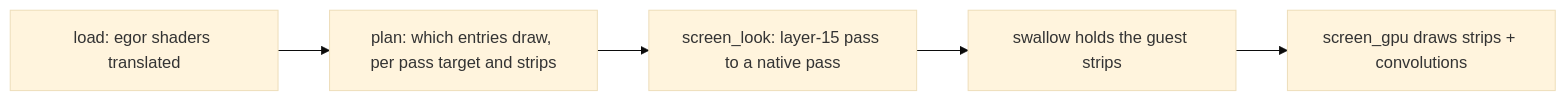
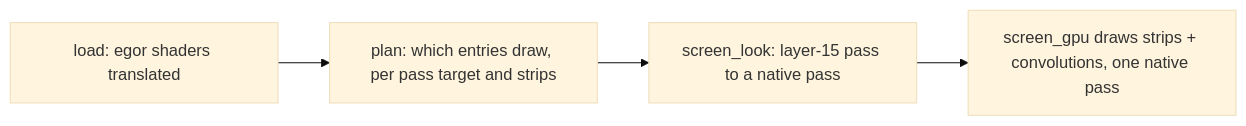
One commit to 0xdeafcafe/h2r changed the diagram in docs/graphics/native-screen-effects.md. Above: the diagram before and after it, drawn with Mermaid (base theme). The commit also changed other lines of this file and 14 other files, not shown here.

First line of the commit message:
Post colour and screen effects: Rust bodies, native passes on the graph's targets by role

````diff
--- a/docs/graphics/native-screen-effects.md
+++ b/docs/graphics/native-screen-effects.md
@@ -9,7 +9,6 @@
 ```mermaid
 flowchart LR
   L[load: egor shaders translated] --> P[plan: which entries draw, per pass target and strips]
   P --> G[screen_look: layer-15 pass to a native pass]
-  G --> W[swallow holds the guest strips]
-  W --> D[screen_gpu draws strips + convolutions]
+  G --> D[screen_gpu draws strips + convolutions, one native pass]
 ```
````
